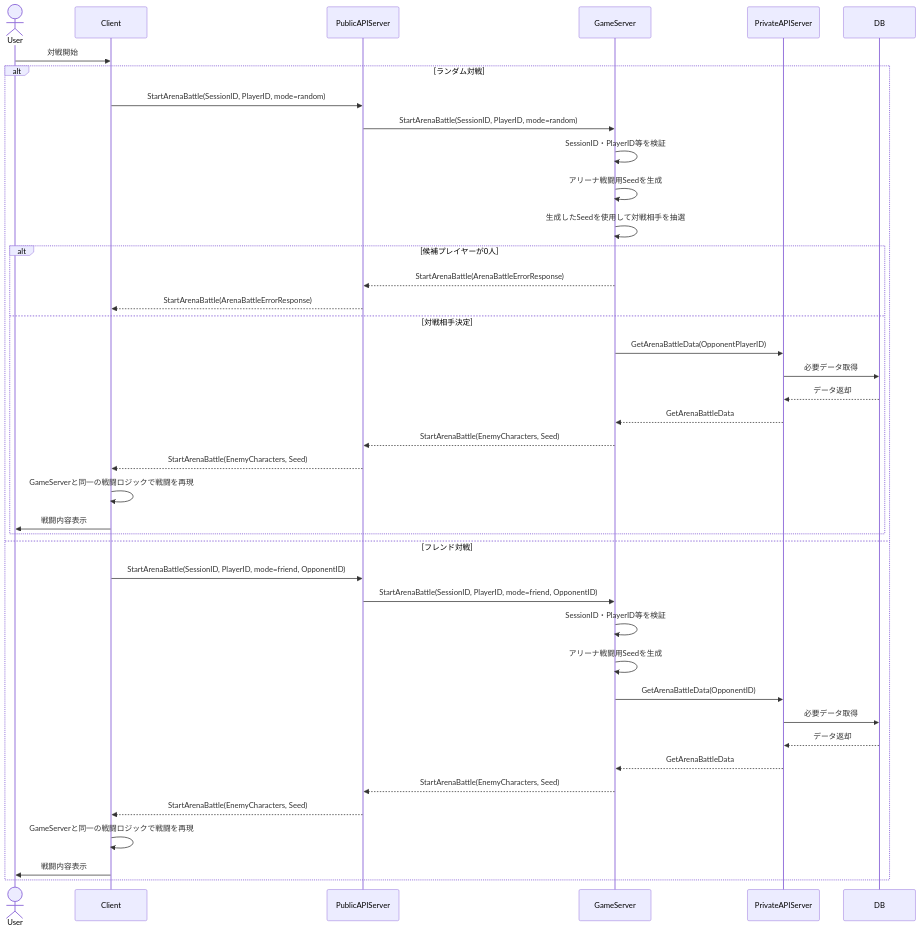
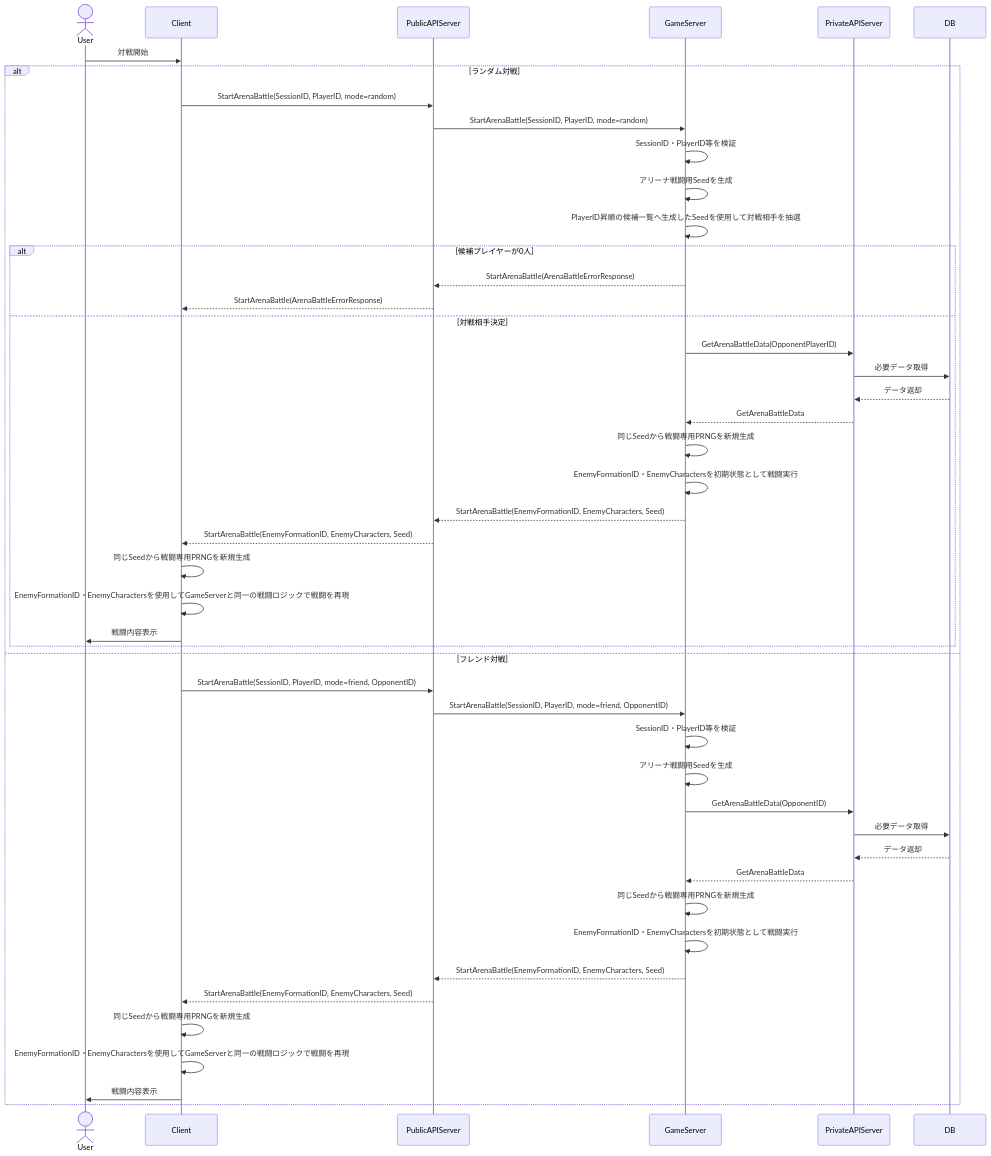
One commit to ReHydrangeaOdyssey/Specifications changed the third of 3 diagrams in design/arina.md. Above: the diagram before and after it, drawn with Mermaid. The commit also changed other lines of this file and 19 other files, not shown here.

````diff
--- a/design/arina.md
+++ b/design/arina.md
@@ -54,45 +56,51 @@
 ```mermaid
 sequenceDiagram
     actor User
     participant Client
     participant PublicAPIServer
     participant GameServer
     participant PrivateAPIServer
     participant DB
 
     User->>Client: 対戦開始
 
     alt ランダム対戦
         Client->>PublicAPIServer: StartArenaBattle(SessionID, PlayerID, mode=random)
         PublicAPIServer->>GameServer: StartArenaBattle(SessionID, PlayerID, mode=random)
         GameServer->>GameServer: SessionID・PlayerID等を検証
         GameServer->>GameServer: アリーナ戦闘用Seedを生成
-        GameServer->>GameServer: 生成したSeedを使用して対戦相手を抽選
+        GameServer->>GameServer: PlayerID昇順の候補一覧へ生成したSeedを使用して対戦相手を抽選
         alt 候補プレイヤーが0人
             GameServer-->>PublicAPIServer: StartArenaBattle(ArenaBattleErrorResponse)
             PublicAPIServer-->>Client: StartArenaBattle(ArenaBattleErrorResponse)
         else 対戦相手決定
             GameServer->>PrivateAPIServer: GetArenaBattleData(OpponentPlayerID)
             PrivateAPIServer->>DB: 必要データ取得
             DB-->>PrivateAPIServer: データ返却
             PrivateAPIServer-->>GameServer: GetArenaBattleData
-            GameServer-->>PublicAPIServer: StartArenaBattle(EnemyCharacters, Seed)
-            PublicAPIServer-->>Client: StartArenaBattle(EnemyCharacters, Seed)
-            Client->>Client: GameServerと同一の戦闘ロジックで戦闘を再現
+            GameServer->>GameServer: 同じSeedから戦闘専用PRNGを新規生成
+            GameServer->>GameServer: EnemyFormationID・EnemyCharactersを初期状態として戦闘実行
+            GameServer-->>PublicAPIServer: StartArenaBattle(EnemyFormationID, EnemyCharacters, Seed)
+            PublicAPIServer-->>Client: StartArenaBattle(EnemyFormationID, EnemyCharacters, Seed)
+            Client->>Client: 同じSeedから戦闘専用PRNGを新規生成
+            Client->>Client: EnemyFormationID・EnemyCharactersを使用してGameServerと同一の戦闘ロジックで戦闘を再現
             Client->>User: 戦闘内容表示
         end
     else フレンド対戦
         Client->>PublicAPIServer: StartArenaBattle(SessionID, PlayerID, mode=friend, OpponentID)
         PublicAPIServer->>GameServer: StartArenaBattle(SessionID, PlayerID, mode=friend, OpponentID)
         GameServer->>GameServer: SessionID・PlayerID等を検証
         GameServer->>GameServer: アリーナ戦闘用Seedを生成
         GameServer->>PrivateAPIServer: GetArenaBattleData(OpponentID)
         PrivateAPIServer->>DB: 必要データ取得
         DB-->>PrivateAPIServer: データ返却
         PrivateAPIServer-->>GameServer: GetArenaBattleData
-        GameServer-->>PublicAPIServer: StartArenaBattle(EnemyCharacters, Seed)
-        PublicAPIServer-->>Client: StartArenaBattle(EnemyCharacters, Seed)
-        Client->>Client: GameServerと同一の戦闘ロジックで戦闘を再現
+        GameServer->>GameServer: 同じSeedから戦闘専用PRNGを新規生成
+        GameServer->>GameServer: EnemyFormationID・EnemyCharactersを初期状態として戦闘実行
+        GameServer-->>PublicAPIServer: StartArenaBattle(EnemyFormationID, EnemyCharacters, Seed)
+        PublicAPIServer-->>Client: StartArenaBattle(EnemyFormationID, EnemyCharacters, Seed)
+        Client->>Client: 同じSeedから戦闘専用PRNGを新規生成
+        Client->>Client: EnemyFormationID・EnemyCharactersを使用してGameServerと同一の戦闘ロジックで戦闘を再現
         Client->>User: 戦闘内容表示
     end
 ```
````
